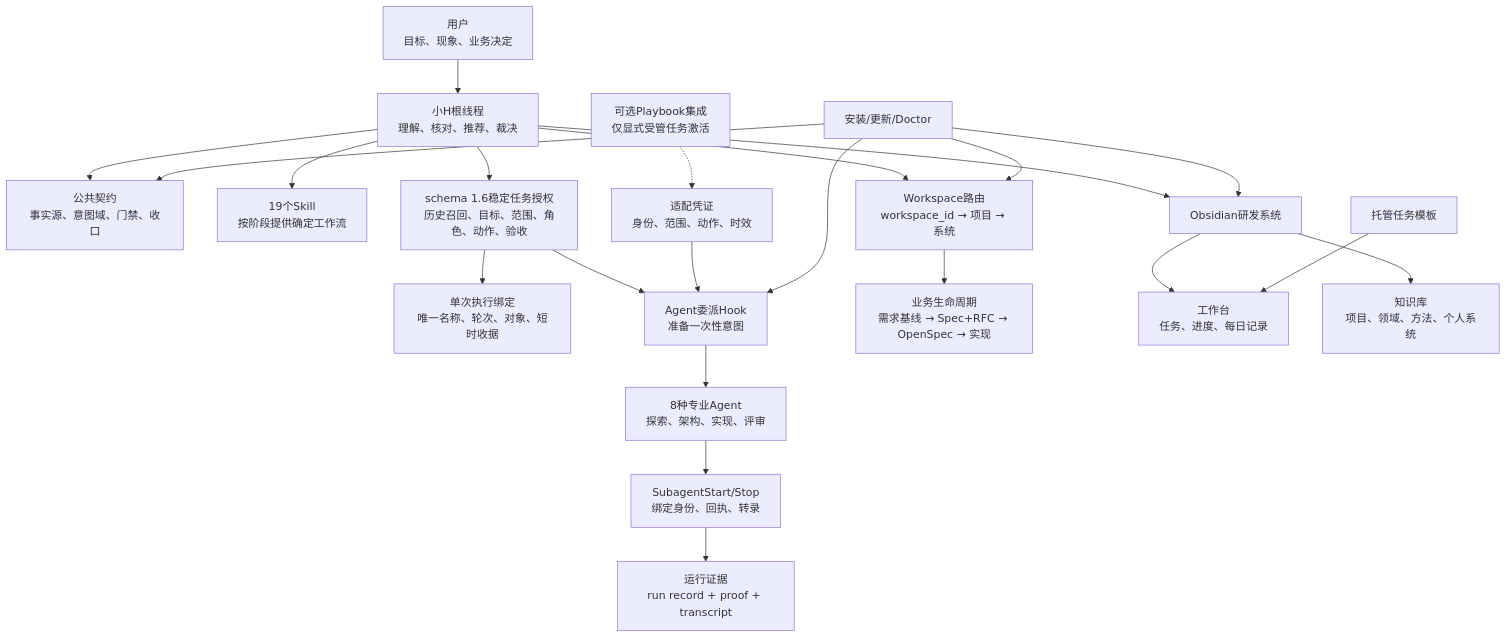
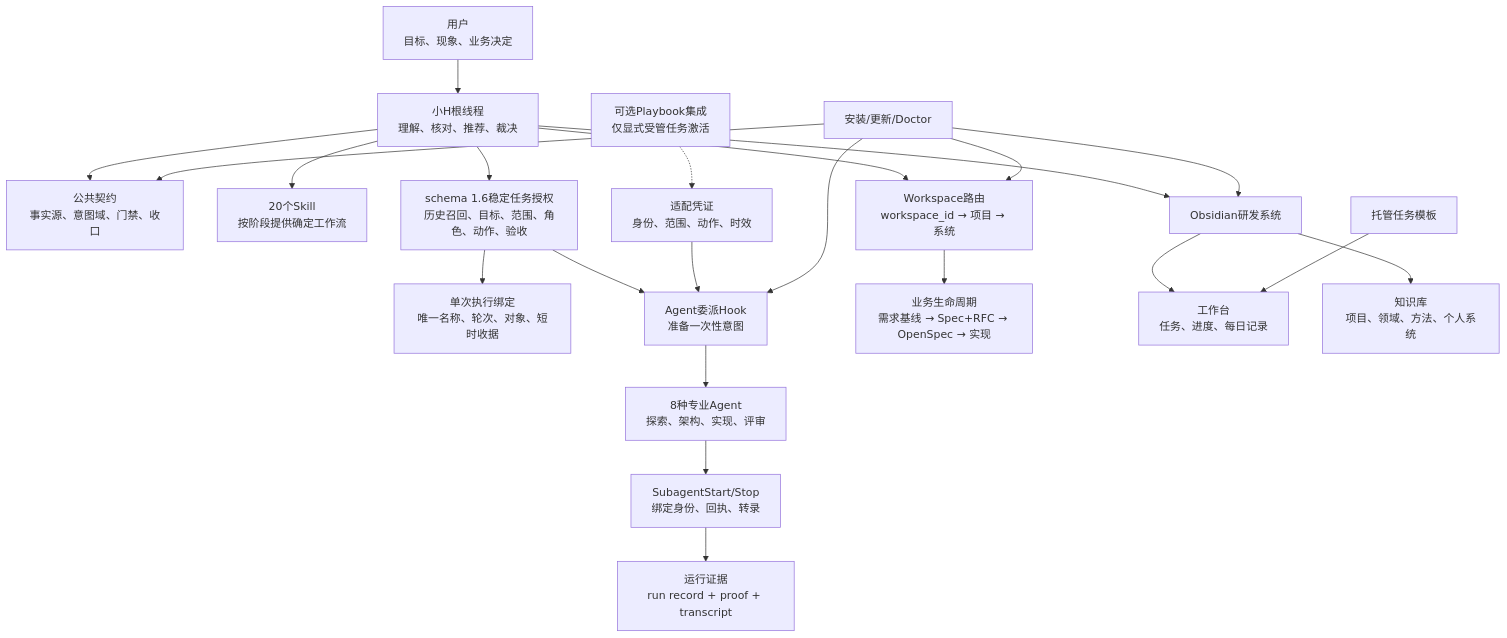
The first of 4 diagrams in docs/implementation-design.md (winnnnnnk/littleH), drawn with Mermaid before and after one commit. The commit also changed other lines of this file and 11 other files, not shown here.

````diff
--- a/docs/implementation-design.md
+++ b/docs/implementation-design.md
@@ -58,29 +60,29 @@
 ```mermaid
 flowchart TB
     U["用户<br/>目标、现象、业务决定"] --> R["小H根线程<br/>理解、核对、推荐、裁决"]
 
     R --> C["公共契约<br/>事实源、意图域、门禁、收口"]
-    R --> S["19个Skill<br/>按阶段提供确定工作流"]
+    R --> S["20个Skill<br/>按阶段提供确定工作流"]
     R --> T["schema 1.6稳定任务授权<br/>历史召回、目标、范围、角色、动作、验收"]
     T --> B["单次执行绑定<br/>唯一名称、轮次、对象、短时收据"]
 
     T --> H1["Agent委派Hook<br/>准备一次性意图"]
     PB["可选Playbook集成<br/>仅显式受管任务激活"] -.-> PA["适配凭证<br/>身份、范围、动作、时效"]
     PA --> H1
     H1 --> A["8种专业Agent<br/>探索、架构、实现、评审"]
     A --> H2["SubagentStart/Stop<br/>绑定身份、回执、转录"]
     H2 --> E["运行证据<br/>run record + proof + transcript"]
 
     R --> W["Workspace路由<br/>workspace_id → 项目 → 系统"]
     W --> P["业务生命周期<br/>需求基线 → Spec+RFC → OpenSpec → 实现"]
 
     R --> O["Obsidian研发系统"]
     O --> O1["工作台<br/>任务、进度、每日记录"]
     O --> O2["知识库<br/>项目、领域、方法、个人系统"]
 
     I["安装/更新/Doctor"] --> C
     I --> H1
     I --> W
     I --> O
     M["托管任务模板"] --> O1
 ```
````
